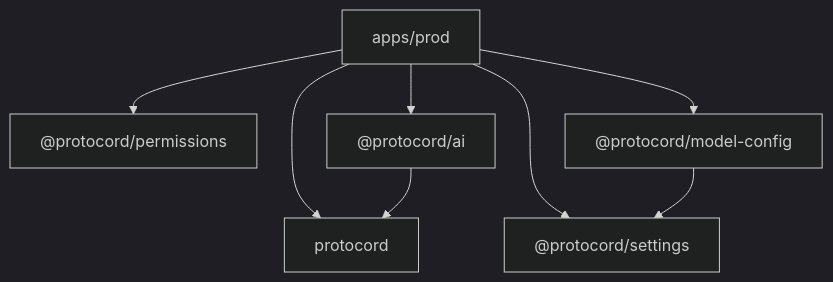
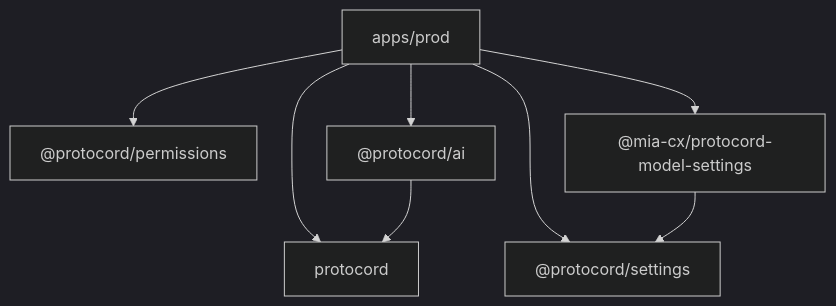
One commit to mia-cx/prod changed the first of 2 diagrams in prod-discord-ticketing-bot-mvp.md. Above: the diagram before and after it, drawn with Mermaid (dark theme). The commit also changed other lines of this file and 14 other files, not shown here.

Commit message:
refactor(workspace): separate model settings package

````diff
--- a/prod-discord-ticketing-bot-mvp.md
+++ b/prod-discord-ticketing-bot-mvp.md
@@ -92,11 +93,11 @@
 ```mermaid
 flowchart TD
     PROD[apps/prod] --> PERMISSIONS["@protocord/permissions"]
     PROD --> CORE[protocord]
     PROD --> AI["@protocord/ai"]
     PROD --> SETTINGS["@protocord/settings"]
-    PROD --> MODEL["@protocord/model-config"]
+    PROD --> MODEL["@mia-cx/protocord-model-settings"]
 
     AI --> CORE
     MODEL --> SETTINGS
 ```
````
